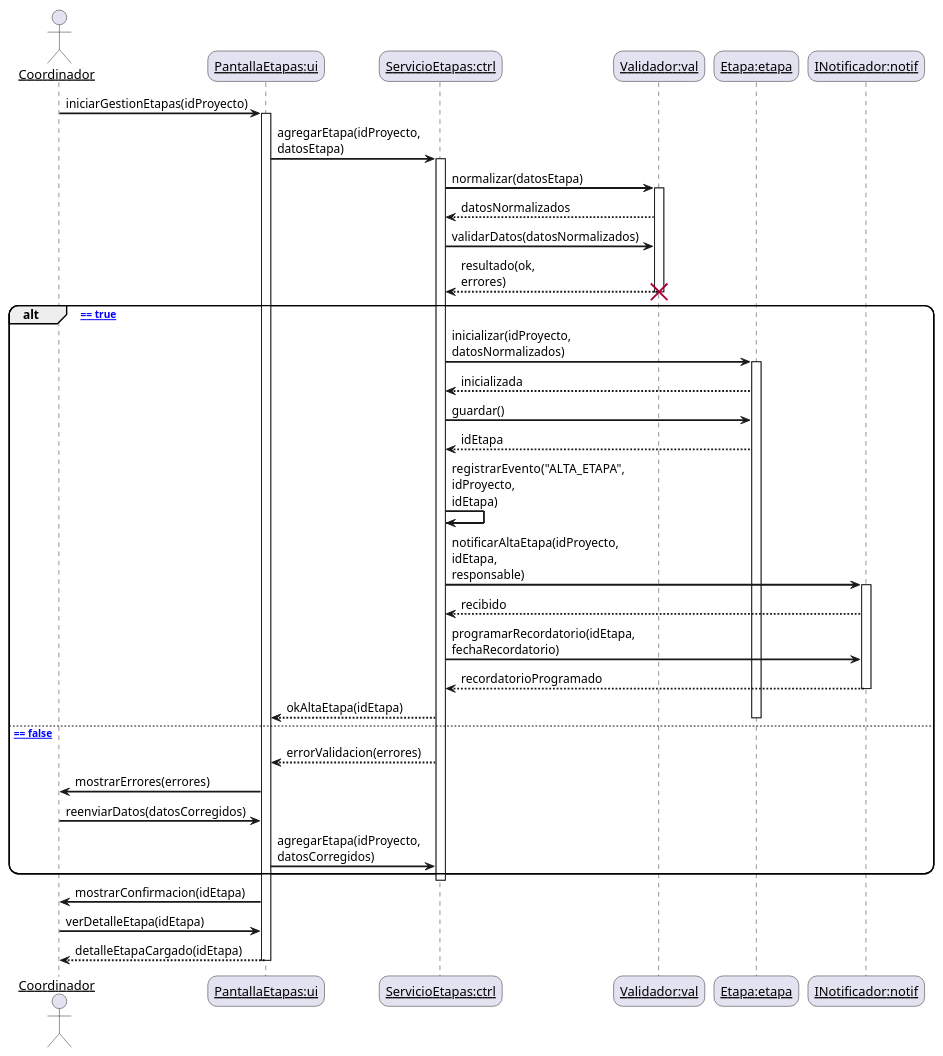
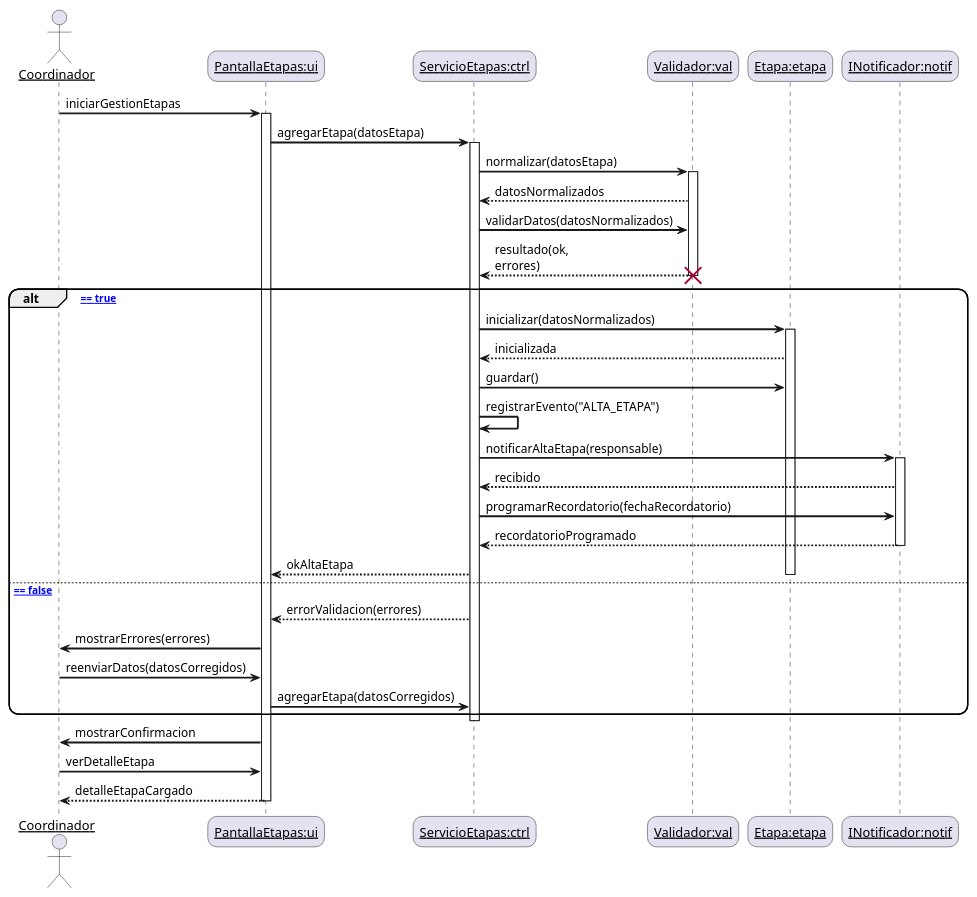
Before and after one commit to dantebiondi666-prog/SistemaProductoraVideos: the diagram in diagramas/05-diagramas-secuencia/05-secuencia-caso-uso-02-gestionar-etapas-escenario-02.puml, drawn with PlantUML. The commit also changed 13 other files, not shown here.

Commit message:
corrección de todos los diagramas de secuencia y del índice + changelog update

```diff
--- a/diagramas/05-diagramas-secuencia/05-secuencia-caso-uso-02-gestionar-etapas-escenario-02.puml
+++ b/diagramas/05-diagramas-secuencia/05-secuencia-caso-uso-02-gestionar-etapas-escenario-02.puml
@@ -1,67 +1,66 @@
-@startuml
+@startuml diagsecuencia02
 skinparam sequenceArrowThickness 2
 skinparam roundcorner 20
 skinparam maxmessagesize 60
 skinparam sequenceParticipant underline
 
 actor Coordinador as coord
 participant "PantallaEtapas:ui" as ui
 participant "ServicioEtapas:ctrl" as ctrl
 participant "Validador:val" as val
 participant "Etapa:etapa" as etapa
 participant "INotificador:notif" as notif
 
 ' ==== Disparo ====
-coord -> ui: iniciarGestionEtapas(idProyecto)
+coord -> ui: iniciarGestionEtapas
 activate ui
-ui -> ctrl: agregarEtapa(idProyecto, datosEtapa)
+ui -> ctrl: agregarEtapa(datosEtapa)
 activate ctrl
 
 ' ==== Validación (objeto temporal) ====
 ctrl -> val: normalizar(datosEtapa)
 activate val
 val --> ctrl: datosNormalizados
 ctrl -> val: validarDatos(datosNormalizados)
 val --> ctrl: resultado(ok, errores)
 destroy val
 
 ' ==== Rama principal: Validación OK / Error ====
 alt [ok == true]
   ' ===== Dominio (crear y guardar) =====
-  ctrl -> etapa: inicializar(idProyecto, datosNormalizados)
+  ctrl -> etapa: inicializar(datosNormalizados)
   activate etapa
   etapa --> ctrl: inicializada
 
   ctrl -> etapa: guardar()
-  etapa --> ctrl: idEtapa
 
   ' ===== Auditoría (implícita en ctrl o servicio aparte) =====
-  ctrl -> ctrl: registrarEvento("ALTA_ETAPA", idProyecto, idEtapa)
+  ctrl -> ctrl: registrarEvento("ALTA_ETAPA")
 
   ' ===== Notificación al responsable =====
-  ctrl -> notif: notificarAltaEtapa(idProyecto, idEtapa, responsable)
+  ctrl -> notif: notificarAltaEtapa(responsable)
   activate notif
   notif --> ctrl: recibido
 
   ' (extra para 3+ interacciones)
-  ctrl -> notif: programarRecordatorio(idEtapa, fechaRecordatorio)
+  ctrl -> notif: programarRecordatorio(fechaRecordatorio)
   notif --> ctrl: recordatorioProgramado
   deactivate notif
 
   ' ===== Confirmación UI =====
-  ctrl --> ui: okAltaEtapa(idEtapa)
+  ctrl --> ui: okAltaEtapa
   deactivate etapa
 else [ok == false]
   ctrl --> ui: errorValidacion(errores)
   ui -> coord: mostrarErrores(errores)
   coord -> ui: reenviarDatos(datosCorregidos)
-  ui -> ctrl: agregarEtapa(idProyecto, datosCorregidos)
+  ui -> ctrl: agregarEtapa(datosCorregidos)
 end
 
 ' ==== Cierre / navegación (simple) ====
 deactivate ctrl
-ui -> coord: mostrarConfirmacion(idEtapa)
-coord -> ui: verDetalleEtapa(idEtapa)
-ui --> coord: detalleEtapaCargado(idEtapa)
+ui -> coord: mostrarConfirmacion
+coord -> ui: verDetalleEtapa
+ui --> coord: detalleEtapaCargado
 deactivate ui
 @enduml
```
